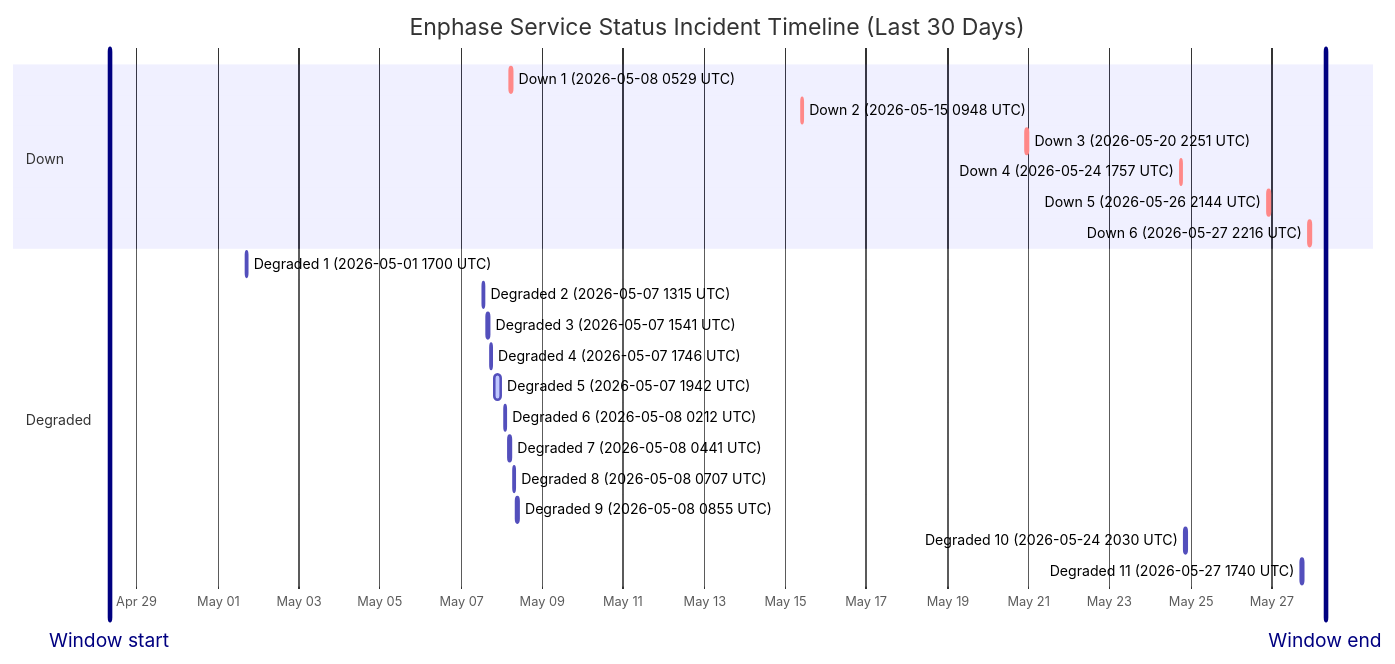
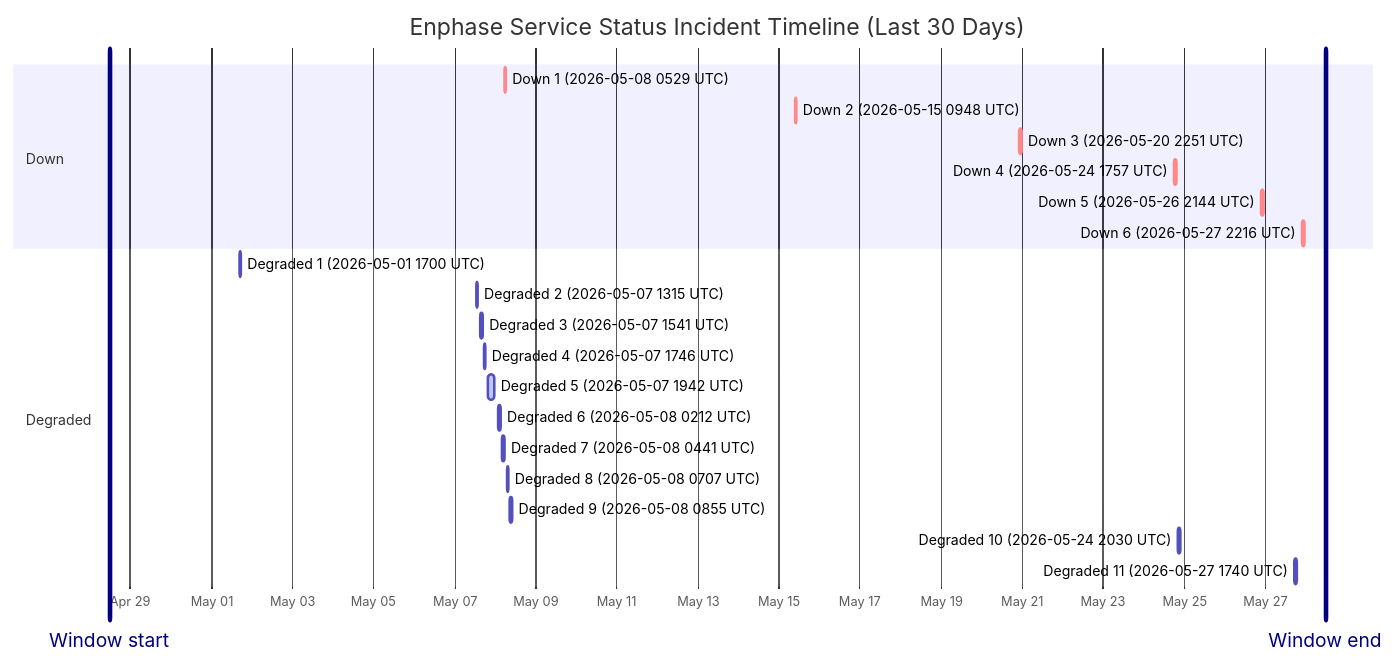
The diagram in wiki/Service-Status-History.md (barneyonline/ha-enphase-ev-charger), drawn with Mermaid before and after one commit. The commit also changed other lines of this file and 3 other files, not shown here.

````diff
--- a/wiki/Service-Status-History.md
+++ b/wiki/Service-Status-History.md
@@ -14,27 +14,27 @@
 ```mermaid
 gantt
     title Enphase Service Status Incident Timeline (Last 30 Days)
     dateFormat  YYYY-MM-DDTHH:mm:ss
     axisFormat  %b %d
-    Window start :vert, window-start, 2026-04-28T07:56:19, 0ms
-    Window end :vert, window-end, 2026-05-28T07:56:19, 0ms
+    Window start :vert, window-start, 2026-04-28T11:39:42, 0ms
+    Window end :vert, window-end, 2026-05-28T11:39:42, 0ms
     section Down
     Down 1 (2026-05-08 0529 UTC) :crit, down-1, 2026-05-08T05:29:47, 60m
     Down 2 (2026-05-15 0948 UTC) :crit, down-2, 2026-05-15T09:48:18, 60m
     Down 3 (2026-05-20 2251 UTC) :crit, down-3, 2026-05-20T22:51:14, 75m
     Down 4 (2026-05-24 1757 UTC) :crit, down-4, 2026-05-24T17:57:41, 86m
     Down 5 (2026-05-26 2144 UTC) :crit, down-5, 2026-05-26T21:44:11, 85m
     Down 6 (2026-05-27 2216 UTC) :crit, down-6, 2026-05-27T22:16:53, 87m
     section Degraded
     Degraded 1 (2026-05-01 1700 UTC) :active, degraded-1, 2026-05-01T17:00:22, 60m
     Degraded 2 (2026-05-07 1315 UTC) :active, degraded-2, 2026-05-07T13:15:25, 60m
     Degraded 3 (2026-05-07 1541 UTC) :active, degraded-3, 2026-05-07T15:41:58, 60m
     Degraded 4 (2026-05-07 1746 UTC) :active, degraded-4, 2026-05-07T17:46:51, 60m
     Degraded 5 (2026-05-07 1942 UTC) :active, degraded-5, 2026-05-07T19:42:10, 249m
     Degraded 6 (2026-05-08 0212 UTC) :active, degraded-6, 2026-05-08T02:12:39, 60m
     Degraded 7 (2026-05-08 0441 UTC) :active, degraded-7, 2026-05-08T04:41:46, 60m
     Degraded 8 (2026-05-08 0707 UTC) :active, degraded-8, 2026-05-08T07:07:30, 60m
     Degraded 9 (2026-05-08 0855 UTC) :active, degraded-9, 2026-05-08T08:55:20, 88m
     Degraded 10 (2026-05-24 2030 UTC) :active, degraded-10, 2026-05-24T20:30:57, 84m
     Degraded 11 (2026-05-27 1740 UTC) :active, degraded-11, 2026-05-27T17:40:52, 60m
 ```
````
